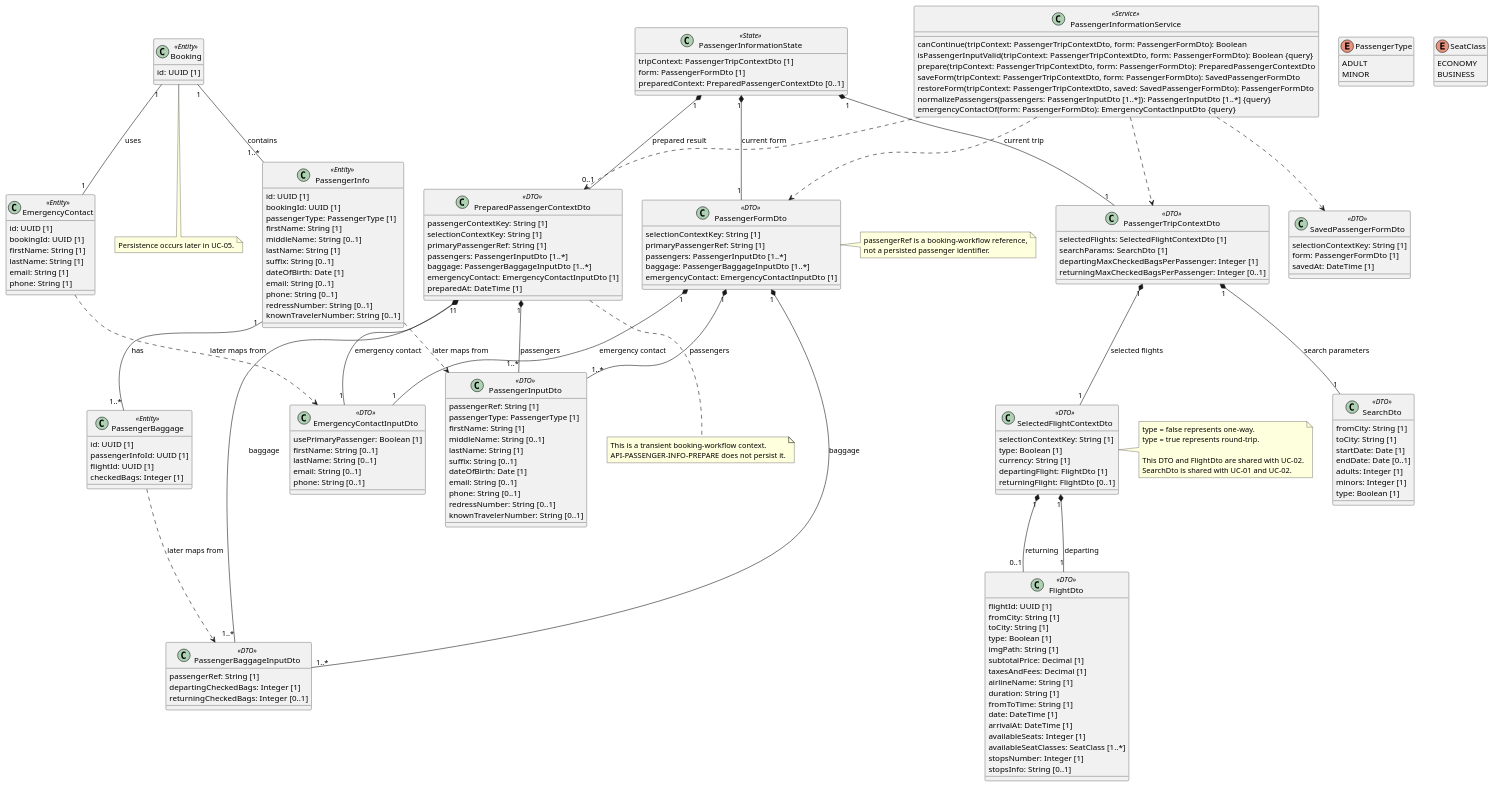
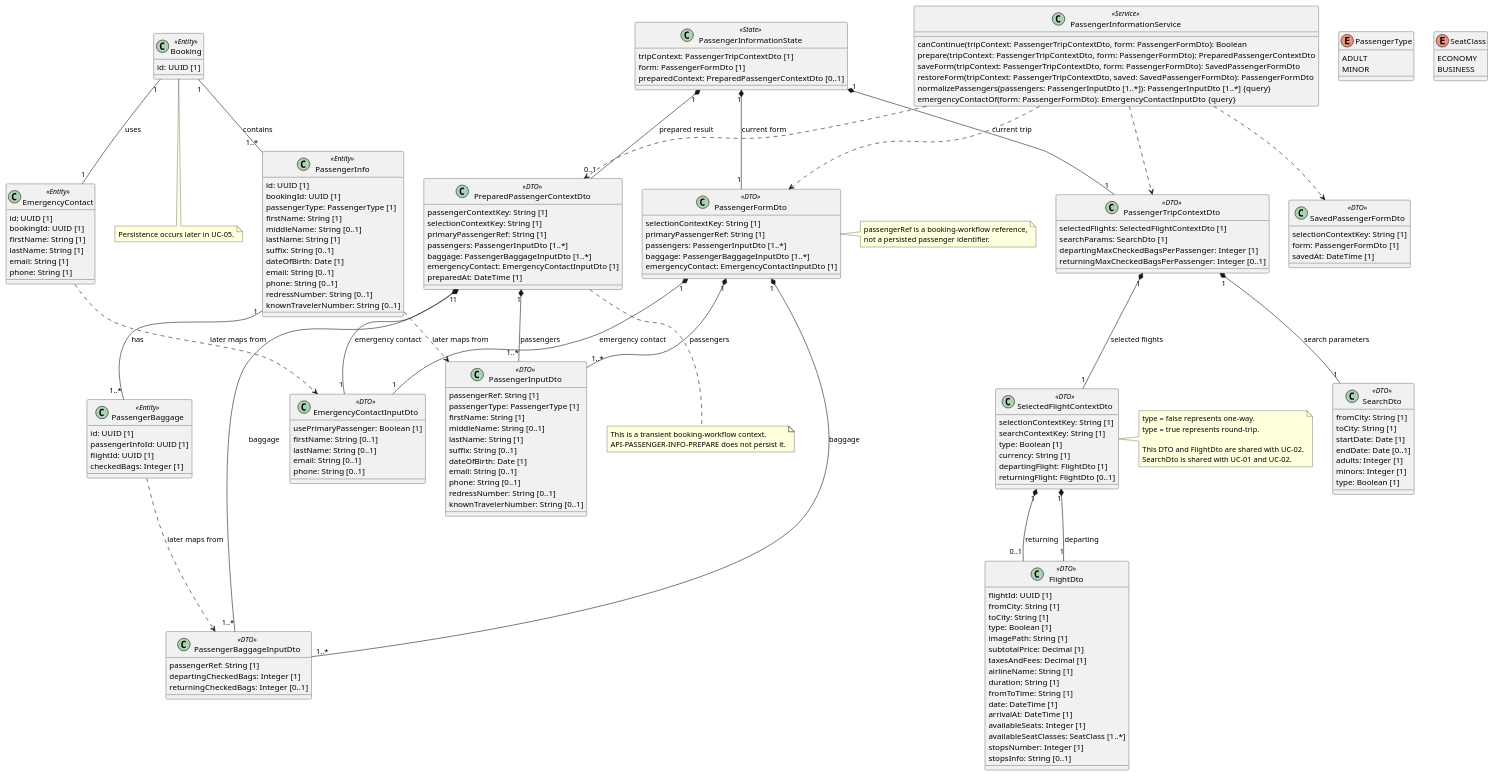
The diagram in 01-inception/use-cases/uc-03-enter-passenger-info.md (khanhNguyenHong2311/VT-TripmaSpecification), drawn with PlantUML before and after one commit. The commit also changed other lines of this file and 16 other files, not shown here.

```diff
--- a/01-inception/use-cases/uc-03-enter-passenger-info.md
+++ b/01-inception/use-cases/uc-03-enter-passenger-info.md
@@ -174,6 +174,7 @@
 
 class SelectedFlightContextDto <<DTO>> {
   selectionContextKey: String [1]
+  searchContextKey: String [1]
   type: Boolean [1]
   currency: String [1]
   departingFlight: FlightDto [1]
@@ -200,7 +201,7 @@
   fromCity: String [1]
   toCity: String [1]
   type: Boolean [1]
-  imgPath: String [1]
+  imagePath: String [1]
   subtotalPrice: Decimal [1]
   taxesAndFees: Decimal [1]
   airlineName: String [1]
@@ -281,7 +282,6 @@
 
 class PassengerInformationService <<Service>> {
   canContinue(tripContext: PassengerTripContextDto, form: PassengerFormDto): Boolean
-  isPassengerInputValid(tripContext: PassengerTripContextDto, form: PassengerFormDto): Boolean {query}
   prepare(tripContext: PassengerTripContextDto, form: PassengerFormDto): PreparedPassengerContextDto
   saveForm(tripContext: PassengerTripContextDto, form: PassengerFormDto): SavedPassengerFormDto
   restoreForm(tripContext: PassengerTripContextDto, saved: SavedPassengerFormDto): PassengerFormDto
```
